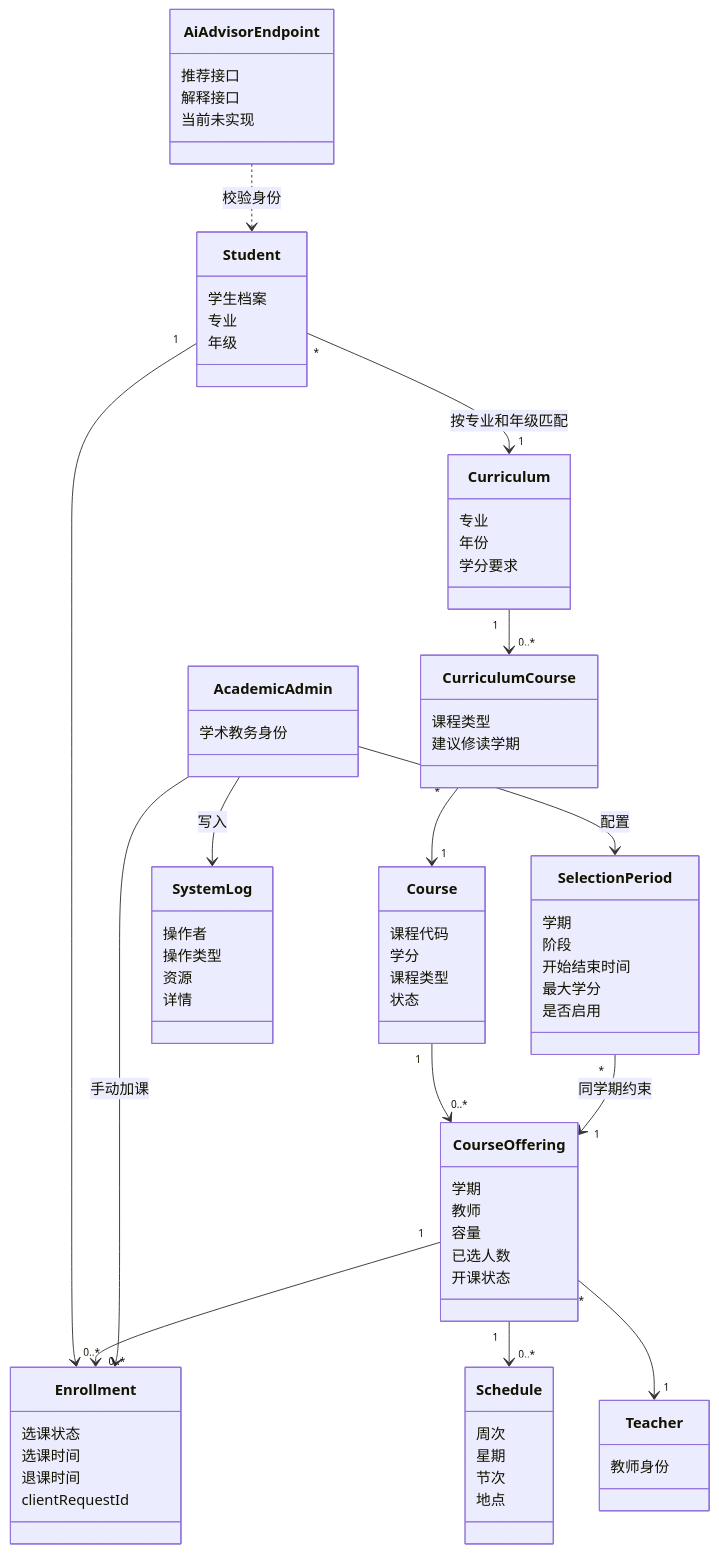
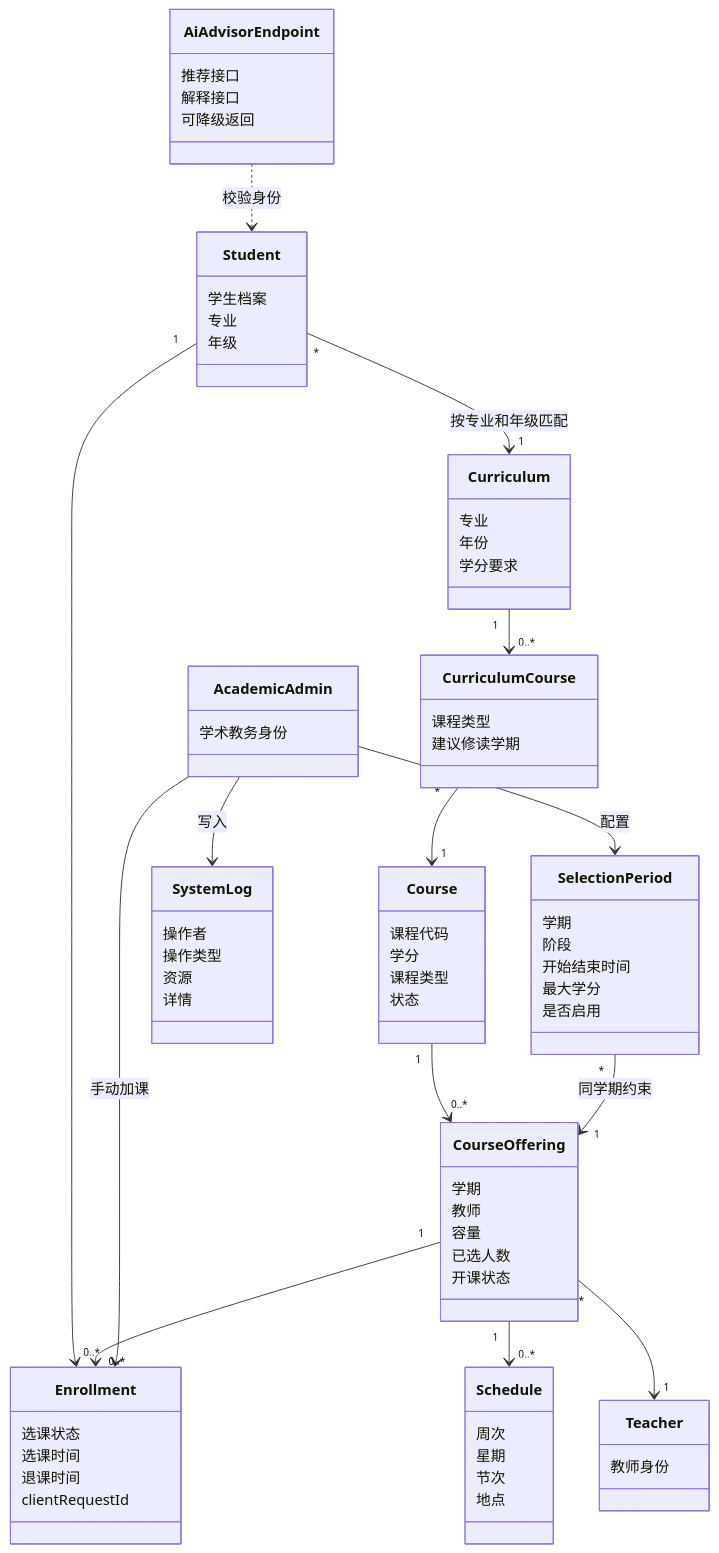
Diagram 23 of 26 in docs/requirements_report/requirements-report.md (EmergentTwilight/Smart-Teaching-Service-System), drawn with Mermaid before and after one commit. The commit also changed other lines of this file and 3 other files, not shown here.

````diff
--- a/docs/requirements_report/requirements-report.md
+++ b/docs/requirements_report/requirements-report.md
@@ -2177,80 +2179,80 @@
 ```mermaid
 classDiagram
   class Student {
     学生档案
     专业
     年级
   }
   class Course {
     课程代码
     学分
     课程类型
     状态
   }
   class Curriculum {
     专业
     年份
     学分要求
   }
   class CurriculumCourse {
     课程类型
     建议修读学期
   }
   class CourseOffering {
     学期
     教师
     容量
     已选人数
     开课状态
   }
   class Schedule {
     周次
     星期
     节次
     地点
   }
   class Enrollment {
     选课状态
     选课时间
     退课时间
     clientRequestId
   }
   class SelectionPeriod {
     学期
     阶段
     开始结束时间
     最大学分
     是否启用
   }
   class Teacher {
     教师身份
   }
   class AcademicAdmin {
     学术教务身份
   }
   class SystemLog {
     操作者
     操作类型
     资源
     详情
   }
   class AiAdvisorEndpoint {
     推荐接口
     解释接口
-    当前未实现
+    可降级返回
   }
 
   Student "1" --> "0..*" Enrollment
   Student "*" --> "1" Curriculum : 按专业和年级匹配
   Curriculum "1" --> "0..*" CurriculumCourse
   CurriculumCourse "*" --> "1" Course
   Course "1" --> "0..*" CourseOffering
   CourseOffering "1" --> "0..*" Schedule
   CourseOffering "1" --> "0..*" Enrollment
   CourseOffering "*" --> "1" Teacher
   SelectionPeriod "*" --> "1" CourseOffering : 同学期约束
   AcademicAdmin --> SelectionPeriod : 配置
   AcademicAdmin --> Enrollment : 手动加课
   AcademicAdmin --> SystemLog : 写入
   AiAdvisorEndpoint ..> Student : 校验身份
 ```
````
